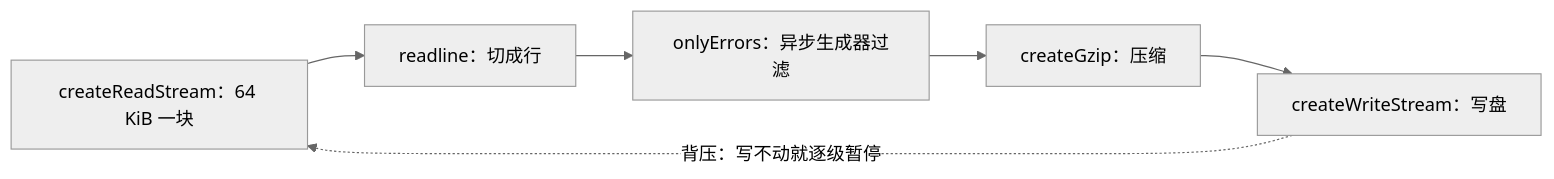
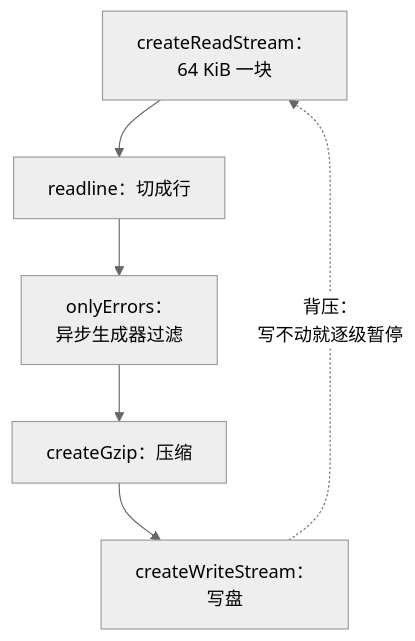
Before and after one commit to jarvis-pro/hatch-shelf: the second of 2 diagrams in books/ts-node-advanced/07-streams-backpressure.md, drawn with Mermaid (neutral theme). The commit also changed other lines of this file and 432 other files, not shown here.

````diff
--- a/books/ts-node-advanced/07-streams-backpressure.md
+++ b/books/ts-node-advanced/07-streams-backpressure.md
@@ -162,8 +162,8 @@
 ```mermaid
-flowchart LR
-  A["createReadStream：64 KiB 一块"] --> B["readline：切成行"]
-  B --> C["onlyErrors：异步生成器过滤"]
+flowchart TD
+  A["createReadStream：<br/>64 KiB 一块"] --> B["readline：切成行"]
+  B --> C["onlyErrors：<br/>异步生成器过滤"]
   C --> D["createGzip：压缩"]
-  D --> E["createWriteStream：写盘"]
-  E -.->|"背压：写不动就逐级暂停"| A
+  D --> E["createWriteStream：<br/>写盘"]
+  E -.->|"背压：<br/>写不动就逐级暂停"| A
 ```
````
